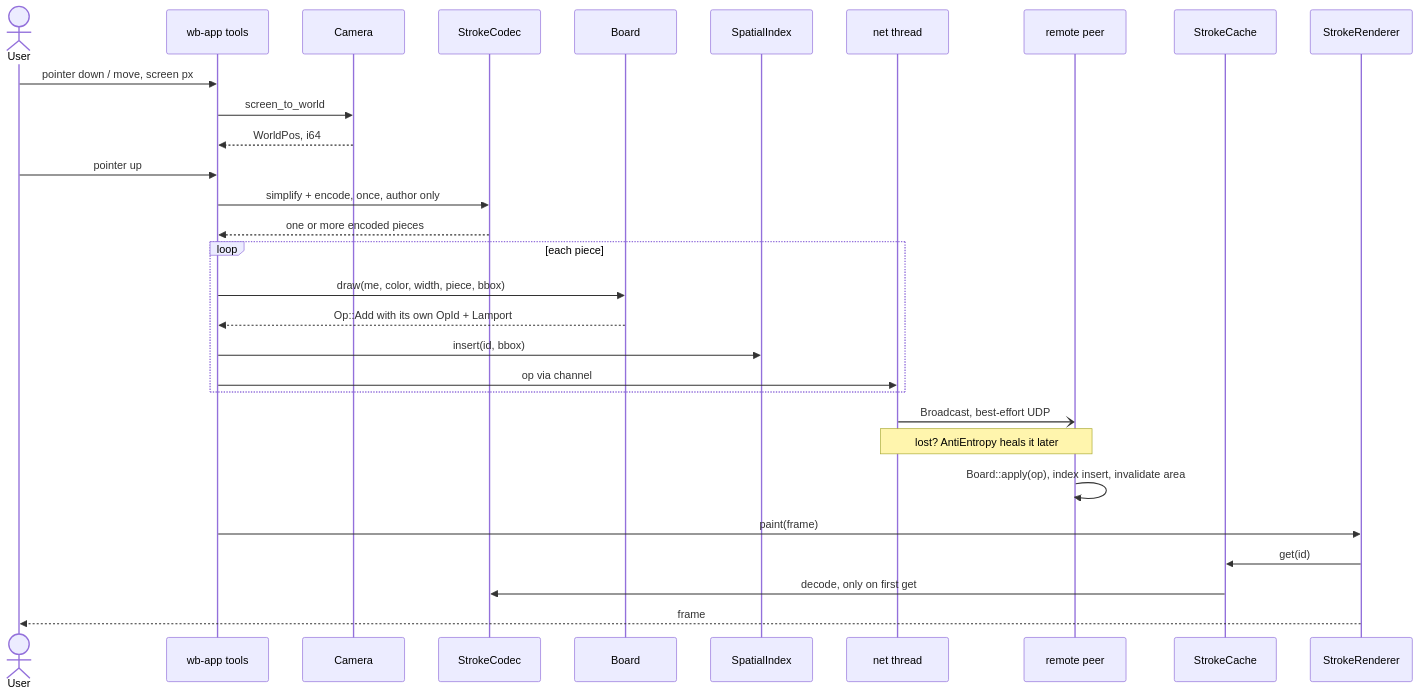
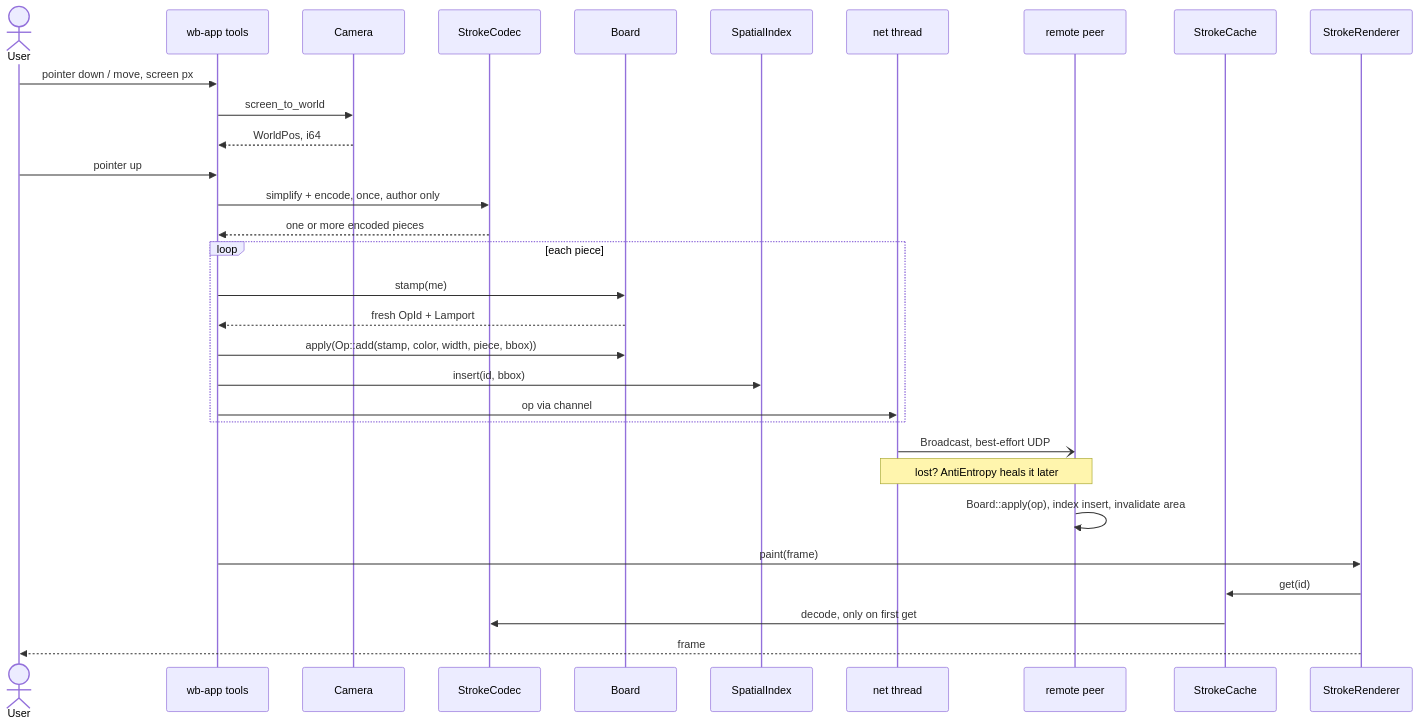
Before and after one commit to Student-Team-Projects/Most-Overkilled-Whiteboard-for-ArchLinux: the diagram in docs/design/stroke-lifecycle.md, drawn with Mermaid. The commit also changed other lines of this file and 24 other files, not shown here.

````diff
--- a/docs/design/stroke-lifecycle.md
+++ b/docs/design/stroke-lifecycle.md
@@ -6,33 +6,34 @@
 ```mermaid
 sequenceDiagram
     actor User
     participant App as wb-app tools
     participant Cam as Camera
     participant Codec as StrokeCodec
     participant Board as Board
     participant Index as SpatialIndex
     participant Net as net thread
     participant Peer as remote peer
     participant Cache as StrokeCache
     participant Rend as StrokeRenderer
 
     User->>App: pointer down / move, screen px
     App->>Cam: screen_to_world
     Cam-->>App: WorldPos, i64
     User->>App: pointer up
     App->>Codec: simplify + encode, once, author only
     Codec-->>App: one or more encoded pieces
     loop each piece
-        App->>Board: draw(me, color, width, piece, bbox)
-        Board-->>App: Op::Add with its own OpId + Lamport
+        App->>Board: stamp(me)
+        Board-->>App: fresh OpId + Lamport
+        App->>Board: apply(Op::add(stamp, color, width, piece, bbox))
         App->>Index: insert(id, bbox)
         App->>Net: op via channel
     end
     Net-)Peer: Broadcast, best-effort UDP
     Note over Net,Peer: lost? AntiEntropy heals it later
     Peer->>Peer: Board::apply(op), index insert, invalidate area
     App->>Rend: paint(frame)
     Rend->>Cache: get(id)
     Cache->>Codec: decode, only on first get
     Rend-->>User: frame
 ```
````
